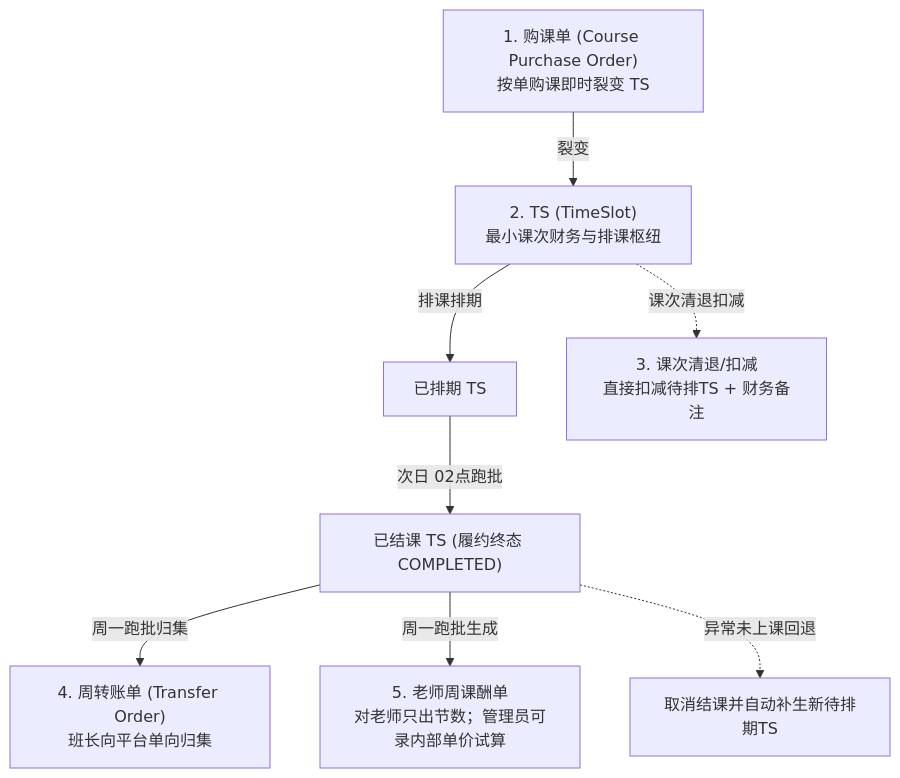
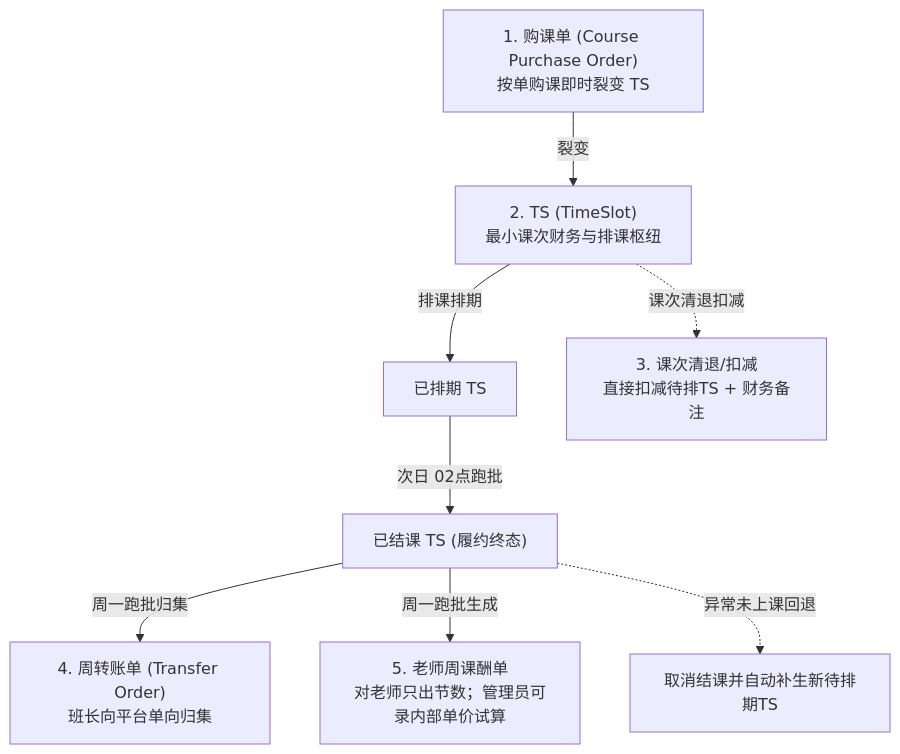
Before and after one commit to Onezao/dream: the first of 2 diagrams in docs/BUSINESS_RULES.md, drawn with Mermaid. The commit also changed other lines of this file and 38 other files, not shown here.

````diff
--- a/docs/BUSINESS_RULES.md
+++ b/docs/BUSINESS_RULES.md
@@ -64,10 +68,10 @@
 ```mermaid
 flowchart TD
     PO["1. 购课单 (Course Purchase Order)\n按单购课即时裂变 TS"] -->|裂变| TS["2. TS (TimeSlot)\n最小课次财务与排课枢纽"]
     TS -->|排课排期| TS_SCHED["已排期 TS"]
-    TS_SCHED -->|次日 02点跑批| TS_DONE["已结课 TS (履约终态 COMPLETED)"]
+    TS_SCHED -->|次日 02点跑批| TS_DONE["已结课 TS (履约终态)"]
     TS_DONE -->|周一跑批归集| TO["4. 周转账单 (Transfer Order)\n班长向平台单向归集"]
     TS_DONE -->|周一跑批生成| SR_T["5. 老师周课酬单\n对老师只出节数；管理员可录内部单价试算"]
     TS -.->|课次清退扣减| RO["3. 课次清退/扣减\n直接扣减待排TS + 财务备注"]
     TS_DONE -.->|异常未上课回退| TS_CANCEL["取消结课并自动补生新待排期TS"]
 ```
````
